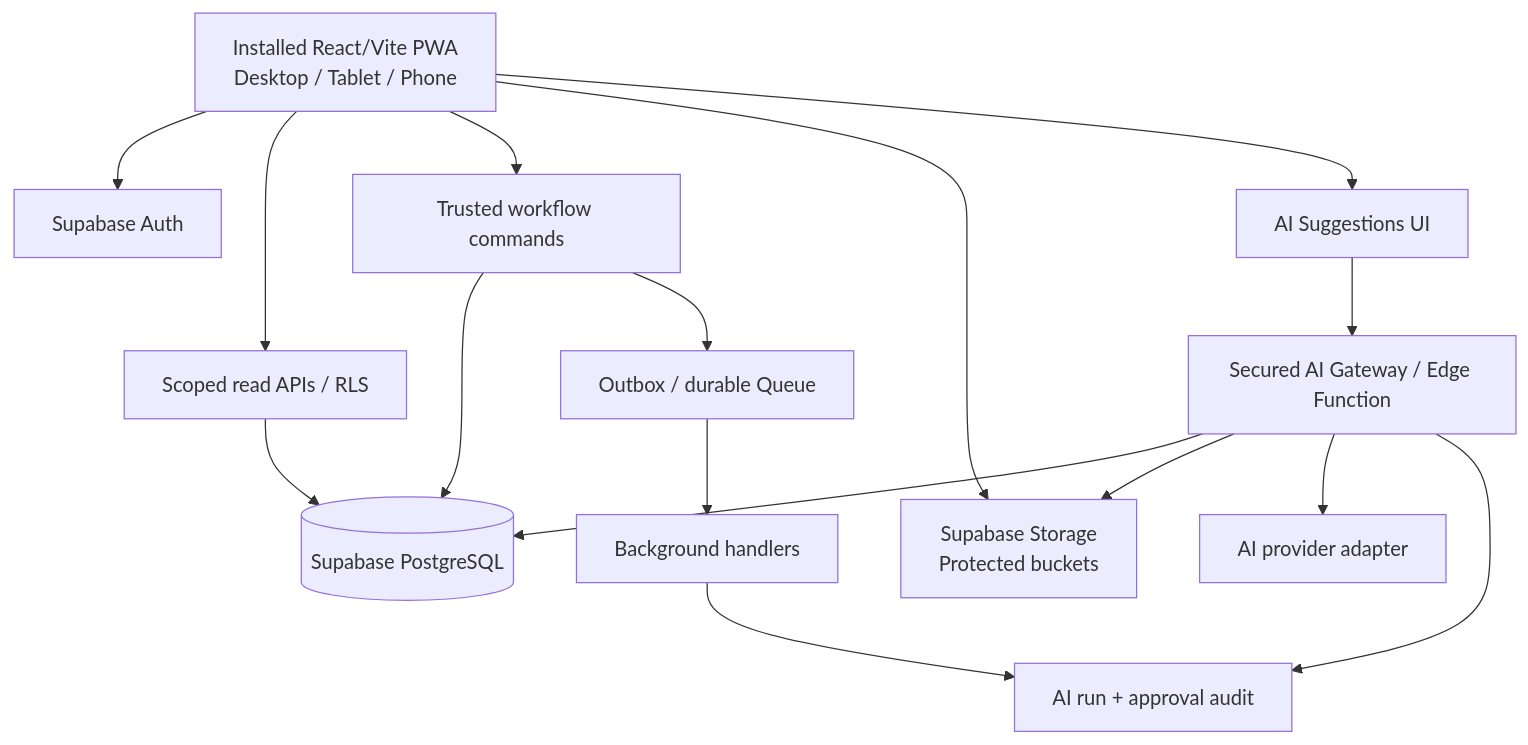
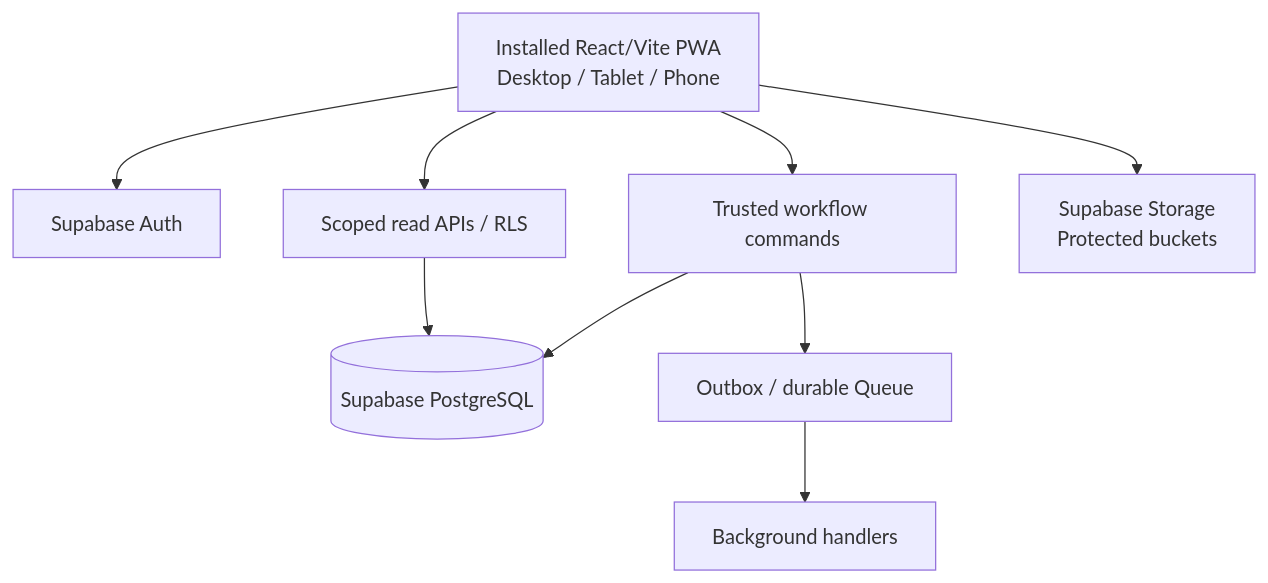
Before and after one commit to raktim-yoddha/fasteners-factory-erp-old: the second of 2 diagrams in FASTENER_ERP_MASTER_BRIEF.md, drawn with Mermaid. The commit also changed other lines of this file and 306 other files, not shown here.

````diff
--- a/FASTENER_ERP_MASTER_BRIEF.md
+++ b/FASTENER_ERP_MASTER_BRIEF.md
@@ -472,18 +453,11 @@
 ```mermaid
 flowchart TB
     P[Installed React/Vite PWA\nDesktop / Tablet / Phone] --> A[Supabase Auth]
     P --> R[Scoped read APIs / RLS]
     P --> C[Trusted workflow commands]
     C --> DB[(Supabase PostgreSQL)]
     R --> DB
     P --> FS[Supabase Storage\nProtected buckets]
     C --> EV[Outbox / durable Queue]
     EV --> W[Background handlers]
-    P --> AIUI[AI Suggestions UI]
-    AIUI --> G[Secured AI Gateway / Edge Function]
-    G --> DB
-    G --> FS
-    G --> V[AI provider adapter]
-    G --> LOG[AI run + approval audit]
-    W --> LOG
 ```
````
